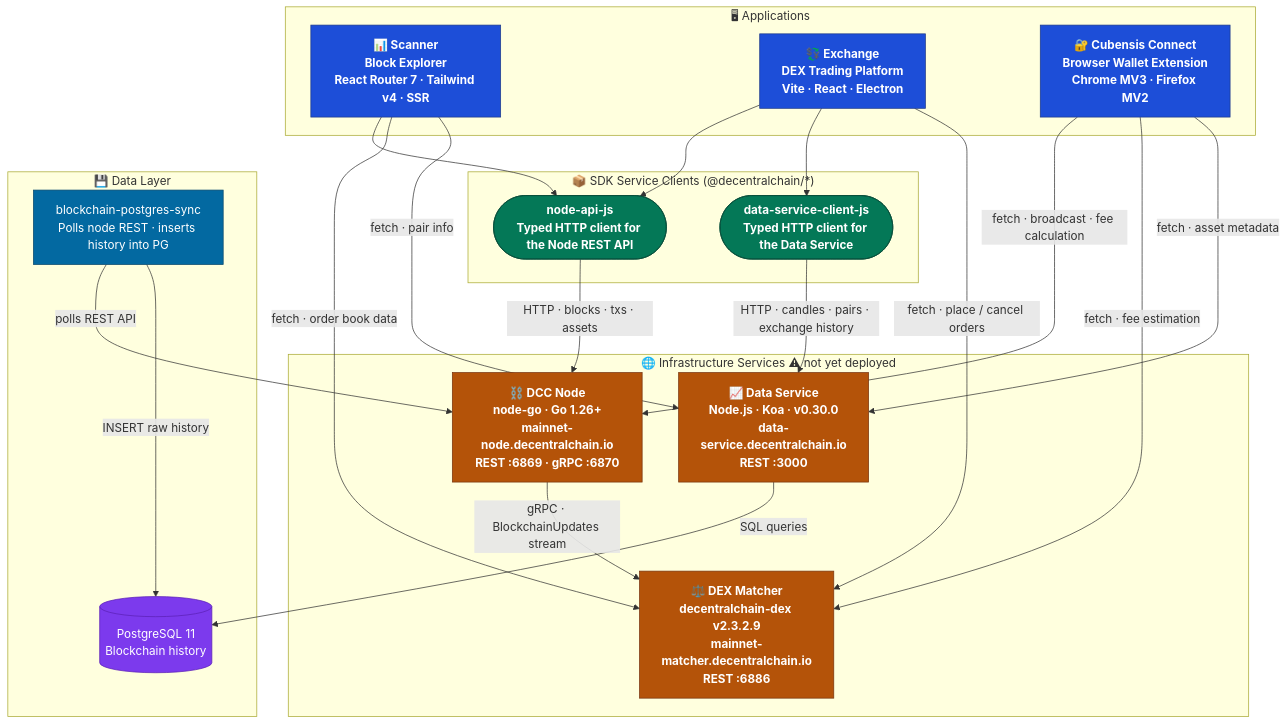
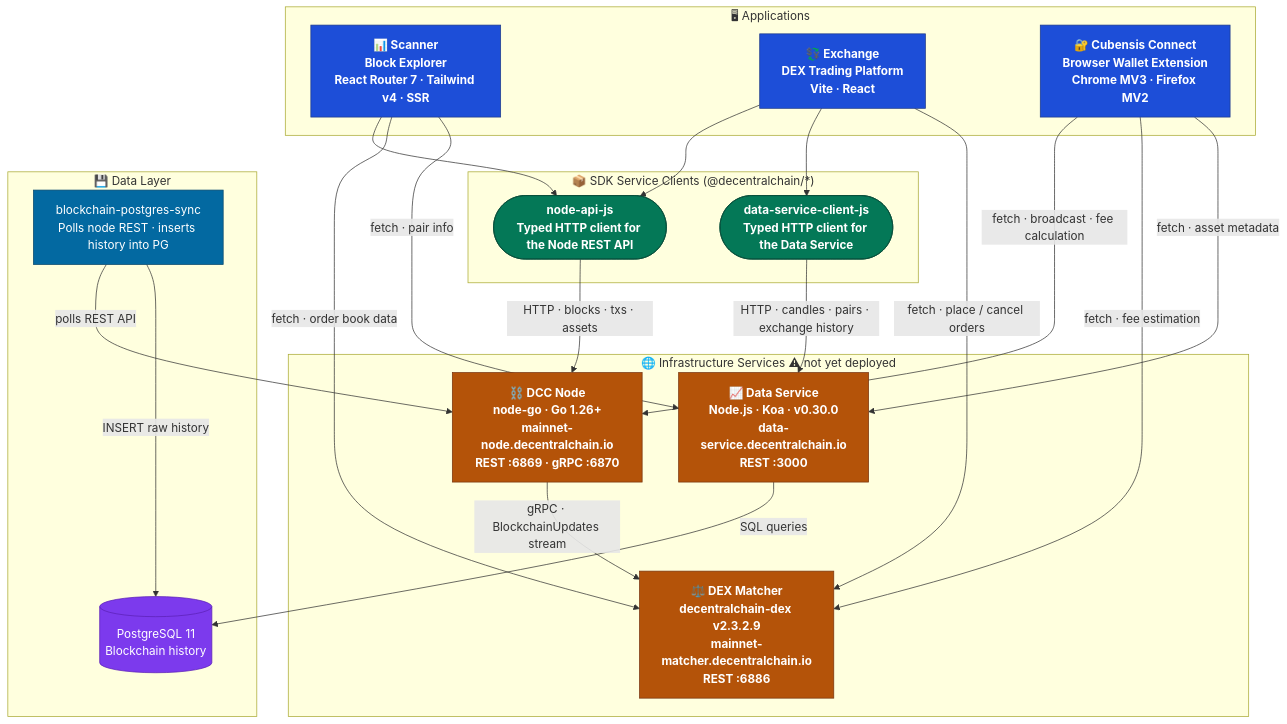
The third of 9 diagrams in docs/ECOSYSTEM.md (Decentral-America/DecentralChain), drawn with Mermaid before and after one commit. The commit also changed other lines of this file and 29 other files, not shown here.

````diff
--- a/docs/ECOSYSTEM.md
+++ b/docs/ECOSYSTEM.md
@@ -272,58 +272,58 @@
 ```mermaid
 flowchart TD
     classDef app fill:#1D4ED8,stroke:#1E3A8A,color:#fff,font-weight:bold
     classDef sdk fill:#047857,stroke:#064E3B,color:#fff,font-weight:bold
     classDef svc fill:#B45309,stroke:#78350F,color:#fff,font-weight:bold
     classDef db fill:#7C3AED,stroke:#5B21B6,color:#fff
     classDef ops fill:#0369A1,stroke:#0C4A6E,color:#fff
 
     subgraph APPS["🖥  Applications"]
         SCANNER["📊 Scanner<br/>Block Explorer<br/>React Router 7 · Tailwind v4 · SSR"]
-        EXCHANGE["💱 Exchange<br/>DEX Trading Platform<br/>Vite · React · Electron"]
+        EXCHANGE["💱 Exchange<br/>DEX Trading Platform<br/>Vite · React"]
         CUBENSIS["🔐 Cubensis Connect<br/>Browser Wallet Extension<br/>Chrome MV3 · Firefox MV2"]
     end
 
     subgraph BRIDGES["📦  SDK Service Clients  (@decentralchain/*)"]
         NODE_API(["node-api-js<br/>Typed HTTP client for the Node REST API"])
         DS_CLIENT(["data-service-client-js<br/>Typed HTTP client for the Data Service"])
     end
 
     subgraph SERVICES["🌐  Infrastructure Services  ⚠ not yet deployed"]
         NODE_SVC["⛓️ DCC Node<br/>node-go · Go 1.26+<br/>mainnet-node.decentralchain.io<br/>REST :6869 · gRPC :6870"]
         MATCHER_SVC["⚖️ DEX Matcher<br/>decentralchain-dex v2.3.2.9<br/>mainnet-matcher.decentralchain.io<br/>REST :6886"]
         DATA_SVC["📈 Data Service<br/>Node.js · Koa · v0.30.0<br/>data-service.decentralchain.io<br/>REST :3000"]
     end
 
     subgraph DATALAYER["💾  Data Layer"]
         BPS["blockchain-postgres-sync<br/>Polls node REST · inserts history into PG"]
         PG[("PostgreSQL 11<br/>Blockchain history")]
     end
 
     %% Apps use SDK bridges
     SCANNER --> NODE_API
     EXCHANGE --> NODE_API
     EXCHANGE --> DS_CLIENT
     %% SDK bridges call services
     NODE_API -->|"HTTP · blocks · txs · assets"| NODE_SVC
     DS_CLIENT -->|"HTTP · candles · pairs · exchange history"| DATA_SVC
 
     %% Apps also call services directly (no SDK wrapper)
     SCANNER -->|"fetch · order book data"| MATCHER_SVC
     SCANNER -->|"fetch · pair info"| DATA_SVC
     EXCHANGE -->|"fetch · place / cancel orders"| MATCHER_SVC
     CUBENSIS -->|"fetch · broadcast · fee calculation"| NODE_SVC
     CUBENSIS -->|"fetch · fee estimation"| MATCHER_SVC
     CUBENSIS -->|"fetch · asset metadata"| DATA_SVC
 
     %% Infrastructure internal connections
     NODE_SVC -->|"gRPC · BlockchainUpdates stream"| MATCHER_SVC
     BPS -->|"polls REST API"| NODE_SVC
     BPS -->|"INSERT raw history"| PG
     DATA_SVC -->|"SQL queries"| PG
 
     class SCANNER,EXCHANGE,CUBENSIS app
     class NODE_API,DS_CLIENT sdk
     class NODE_SVC,MATCHER_SVC,DATA_SVC svc
     class PG db
     class BPS ops
 ```
````
